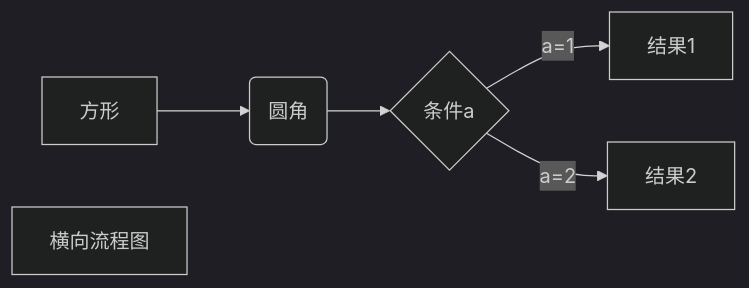
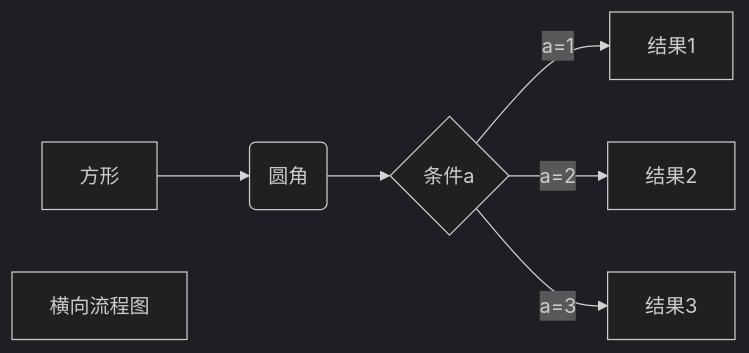
One commit to wxd79/hello-markdown changed the first of 3 diagrams in README.md. Above: the diagram before and after it, drawn with Mermaid (dark theme). The commit also changed other lines of this file and 4 other files, not shown here.

````diff
--- a/README.md
+++ b/README.md
@@ -377,8 +383,9 @@
     ```mermaid
     graph LR
     A[方形] -->B(圆角)
         B --> C{条件a}
         C -->|a=1| D[结果1]
         C -->|a=2| E[结果2]
+        C -->|a=3| F[结果3]
         Z[横向流程图]
     ```
````
